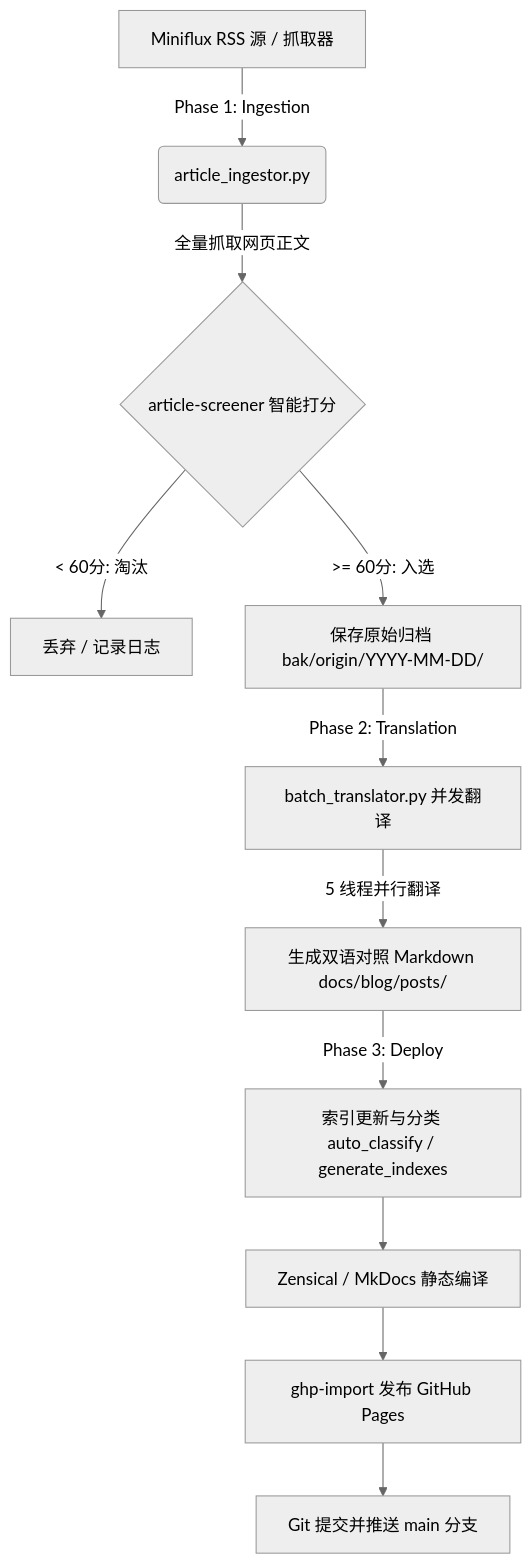
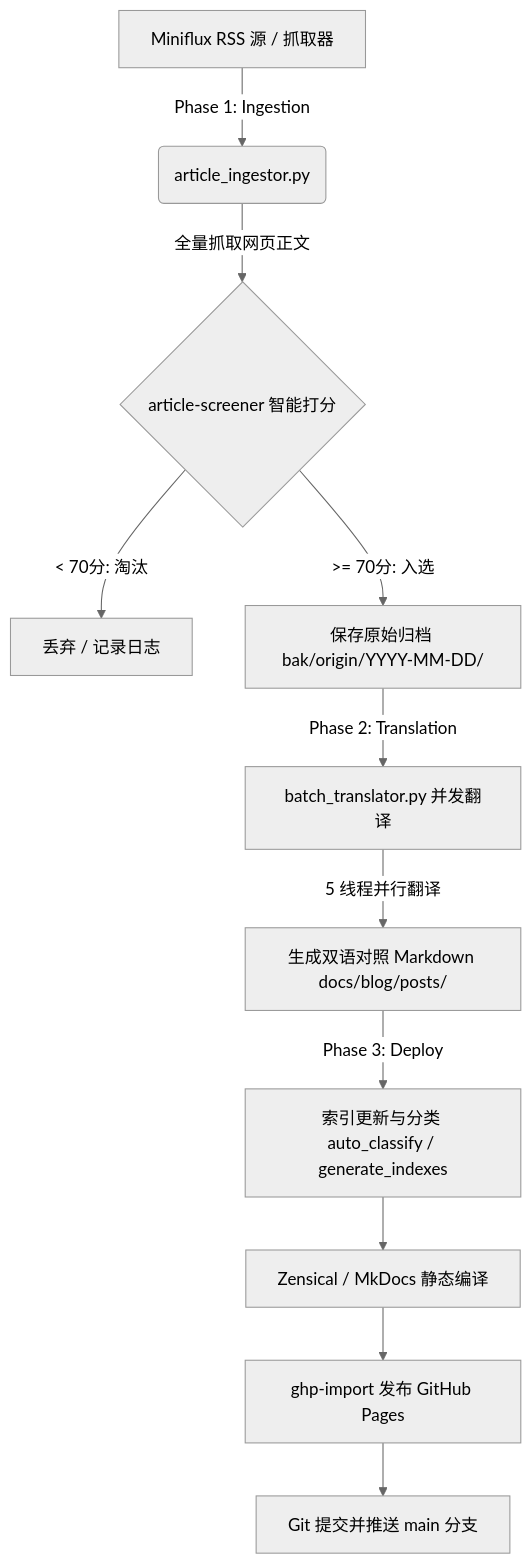
One commit to aitobox/ATBInsight changed the diagram in README.md. Above: the diagram before and after it, drawn with Mermaid (neutral theme). The commit also changed other lines of this file and 6 other files, not shown here.

````diff
--- a/README.md
+++ b/README.md
@@ -113,13 +113,13 @@
 ```mermaid
 flowchart TD
     A[Miniflux RSS 源 / 抓取器] -->|Phase 1: Ingestion| B(article_ingestor.py)
     B -->|全量抓取网页正文| C{article-screener 智能打分}
-    C -->|< 60分: 淘汰| D[丢弃 / 记录日志]
-    C -->|>= 60分: 入选| E[保存原始归档 bak/origin/YYYY-MM-DD/]
+    C -->|< 70分: 淘汰| D[丢弃 / 记录日志]
+    C -->|>= 70分: 入选| E[保存原始归档 bak/origin/YYYY-MM-DD/]
     E -->|Phase 2: Translation| F[batch_translator.py 并发翻译]
     F -->|5 线程并行翻译| G[生成双语对照 Markdown docs/blog/posts/]
     G -->|Phase 3: Deploy| H[索引更新与分类 auto_classify / generate_indexes]
     H --> I[Zensical / MkDocs 静态编译]
     I --> J[ghp-import 发布 GitHub Pages]
     J --> K[Git 提交并推送 main 分支]
 ```
````
